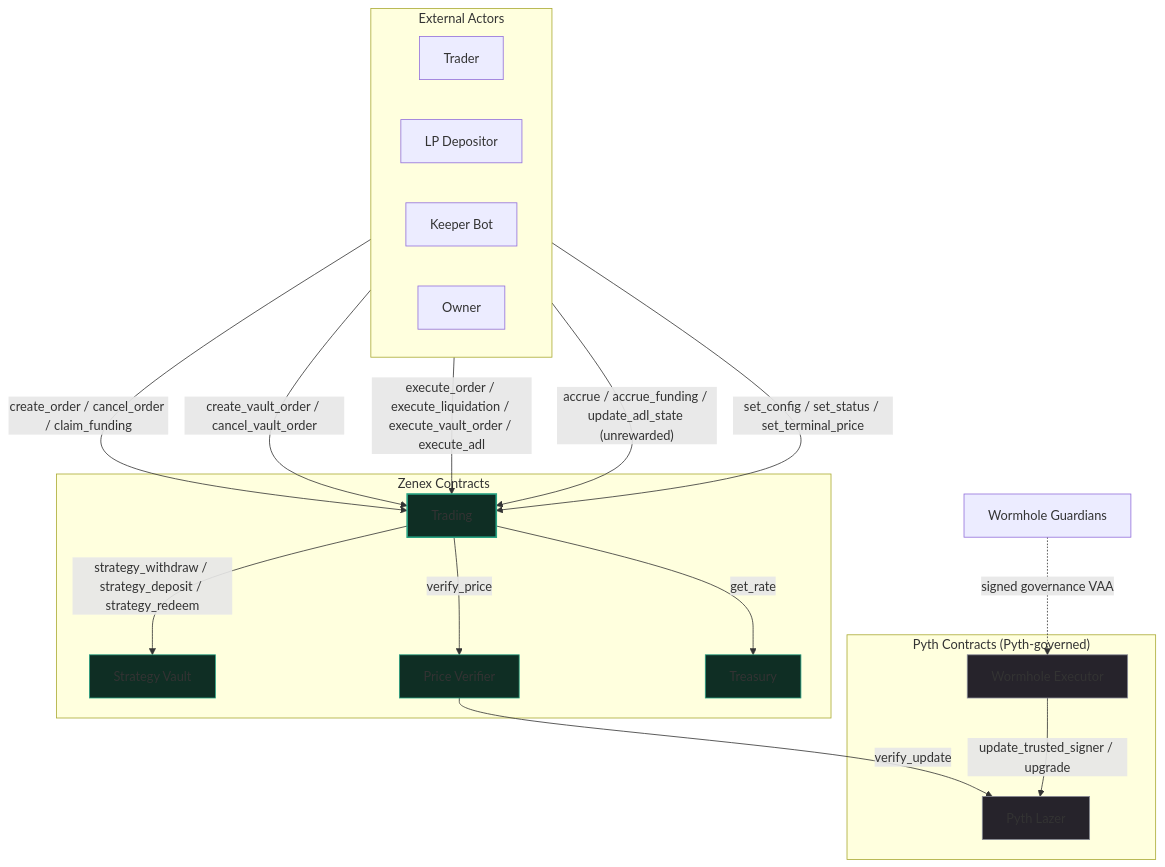
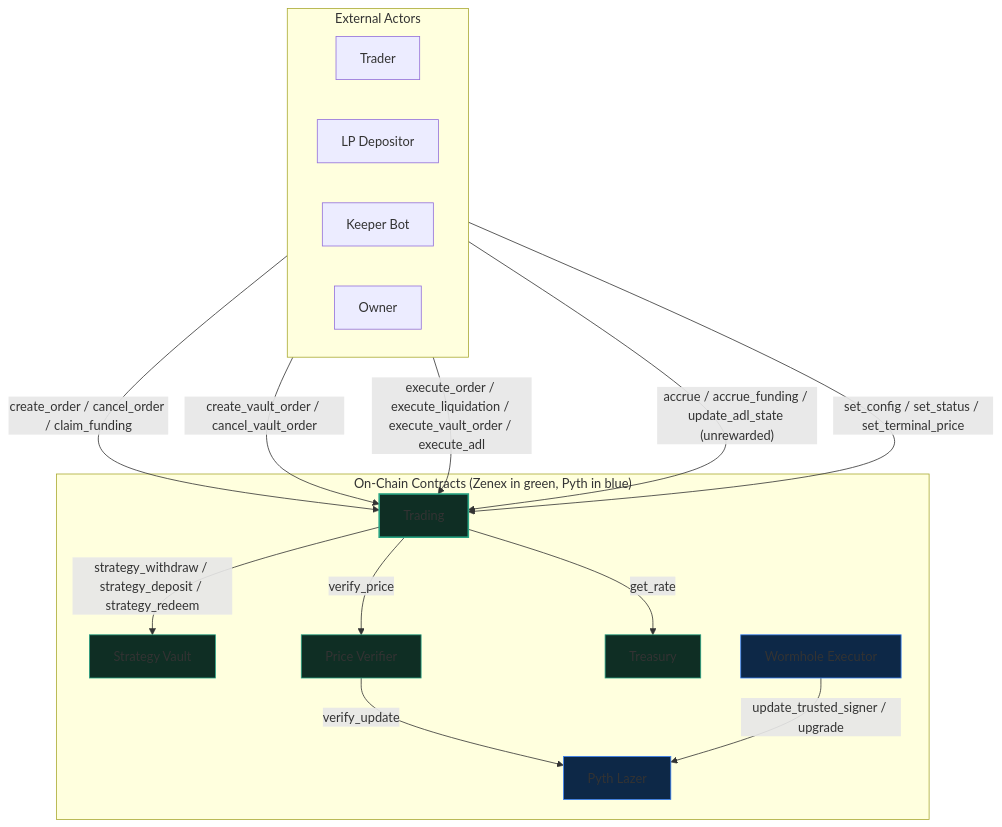
One commit to zenith-protocols/zenex-docs changed the diagram in technical/index.md. Above: the diagram before and after it, drawn with Mermaid.

Commit message:
docs(technical): single on-chain block, green Zenex and blue Pyth contracts

````diff
--- a/technical/index.md
+++ b/technical/index.md
@@ -41,45 +41,39 @@
 ```mermaid
 flowchart TB
     subgraph Actors["External Actors"]
         direction LR
         Trader["Trader"]
         LP["LP Depositor"]
         Keeper["Keeper Bot"]
         Admin["Owner"]
     end
 
-    subgraph Zenex["Zenex Contracts"]
+    subgraph Contracts["On-Chain Contracts (Zenex in green, Pyth in blue)"]
         Trading["Trading"]
         Vault["Strategy Vault"]
         PV["Price Verifier"]
         Treasury["Treasury"]
-    end
-
-    subgraph Pyth["Pyth Contracts (Pyth-governed)"]
         Lazer["Pyth Lazer"]
         Executor["Wormhole Executor"]
     end
-
-    Guardians["Wormhole Guardians"]
 
     Trader -->|"create_order / cancel_order / claim_funding"| Trading
     LP -->|"create_vault_order / cancel_vault_order"| Trading
     Keeper -->|"execute_order / execute_liquidation / execute_vault_order / execute_adl"| Trading
     Keeper -->|"accrue / accrue_funding / update_adl_state (unrewarded)"| Trading
     Admin -->|"set_config / set_status / set_terminal_price"| Trading
 
     Trading -->|"verify_price"| PV
     PV -->|"verify_update"| Lazer
     Trading -->|"strategy_withdraw / strategy_deposit / strategy_redeem"| Vault
     Trading -->|"get_rate"| Treasury
 
-    Guardians -.->|"signed governance VAA"| Executor
     Executor -->|"update_trusted_signer / upgrade"| Lazer
 
     style Trading fill:#0f2e24,stroke:#29a383,stroke-width:2px
     style Vault fill:#0f2e24,stroke:#29a383
     style PV fill:#0f2e24,stroke:#29a383
     style Treasury fill:#0f2e24,stroke:#29a383
-    style Lazer fill:#26232b,stroke:#8b8d98
-    style Executor fill:#26232b,stroke:#8b8d98
+    style Lazer fill:#0d2847,stroke:#3b82f6
+    style Executor fill:#0d2847,stroke:#3b82f6
 ```
````
